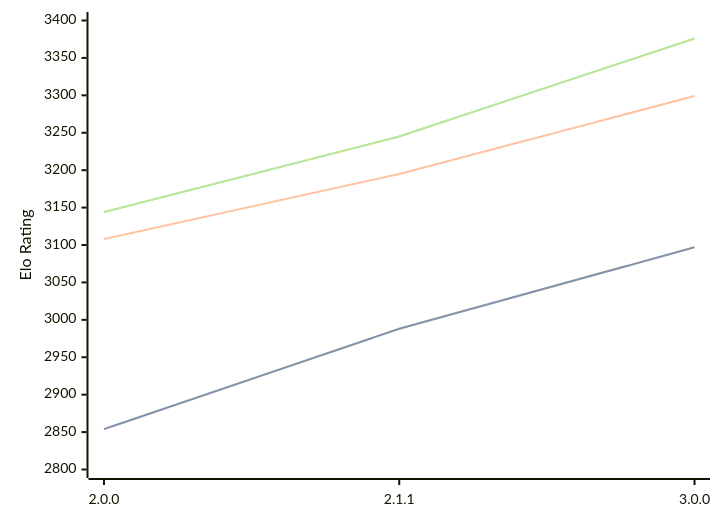
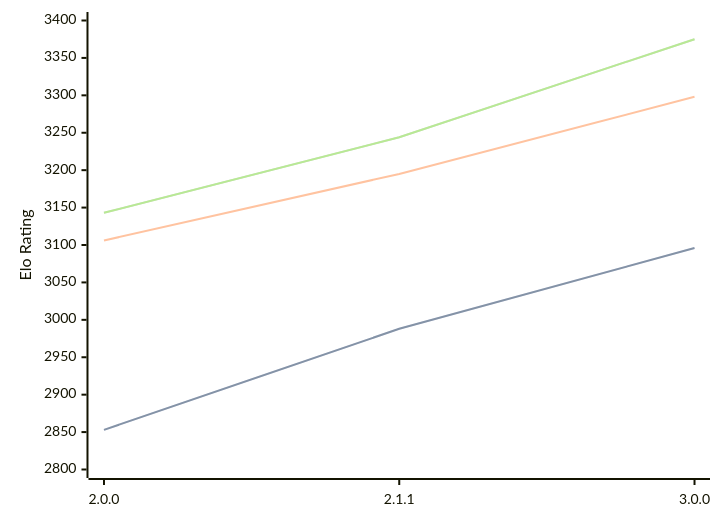
One commit to computer-chess-index/cci changed the third of 3 diagrams in engines/Bread.md. Above: the diagram before and after it, drawn with Mermaid. The commit also changed other lines of this file, not shown here.

Commit message:
Update CCI Ratings (ELO VLTC) - 2026-07-15

````diff
--- a/engines/Bread.md
+++ b/engines/Bread.md
@@ -86,11 +86,11 @@
 ```mermaid
 %%{init: {"theme":"base","themeVariables":{"seriesColors:['#a3a3a3','#222221','#faa371']}}}%%
 xychart-beta
   x-axis ["2.0.0", "2.1.1", "3.0.0"]
   y-axis "Elo Rating" 2800 --> 3400
-  line "STC (8.0+0.08s)" [2854, 2988, 3097]
-  line "STC (8.0+0.08s)" [2854, 2988, 3097]
-  line "LTC (60.0+0.60s)" [3108, 3195, 3299]
-  line "VLTC (2m24s+1.12s)" [3144, 3245, 3376]
-  line "VLTC (2m24s+1.12s)" [3144, 3245, 3376]
+  line "STC (8.0+0.08s)" [2853, 2988, 3096]
+  line "STC (8.0+0.08s)" [2853, 2988, 3096]
+  line "LTC (60.0+0.60s)" [3106, 3195, 3298]
+  line "VLTC (2m24s+1.12s)" [3143, 3244, 3375]
+  line "VLTC (2m24s+1.12s)" [3143, 3244, 3375]
 ```
````
